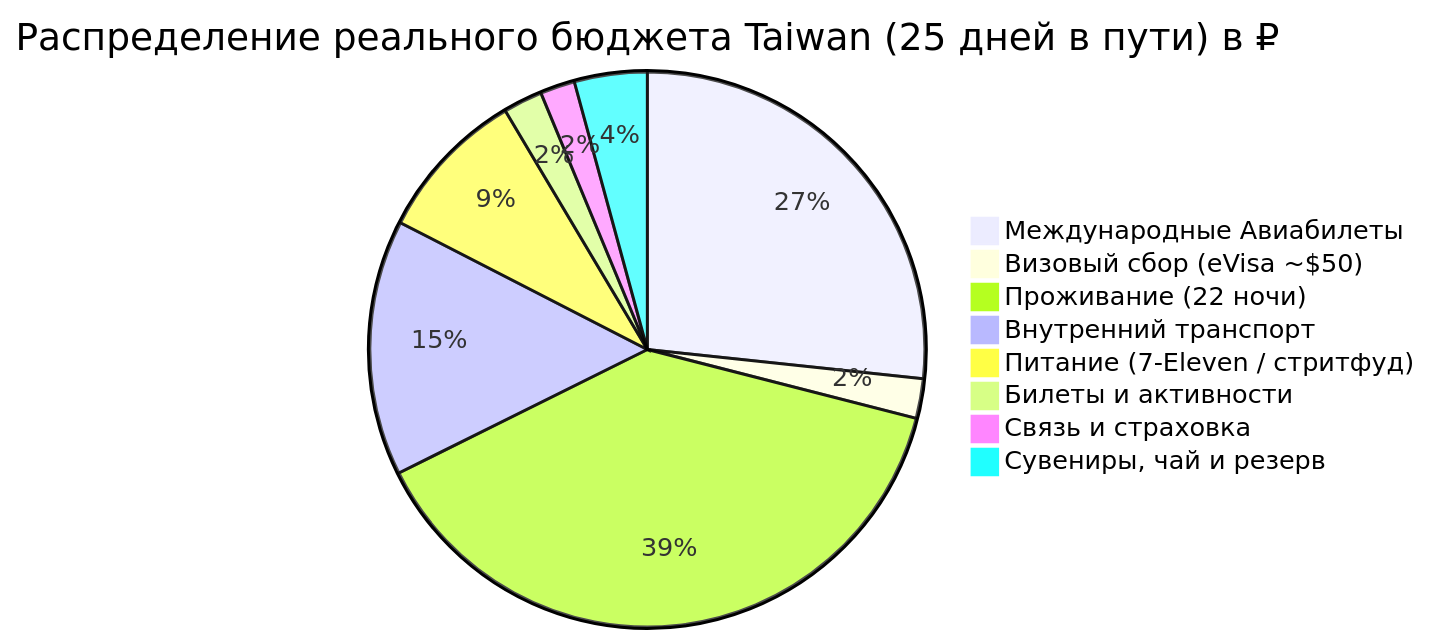
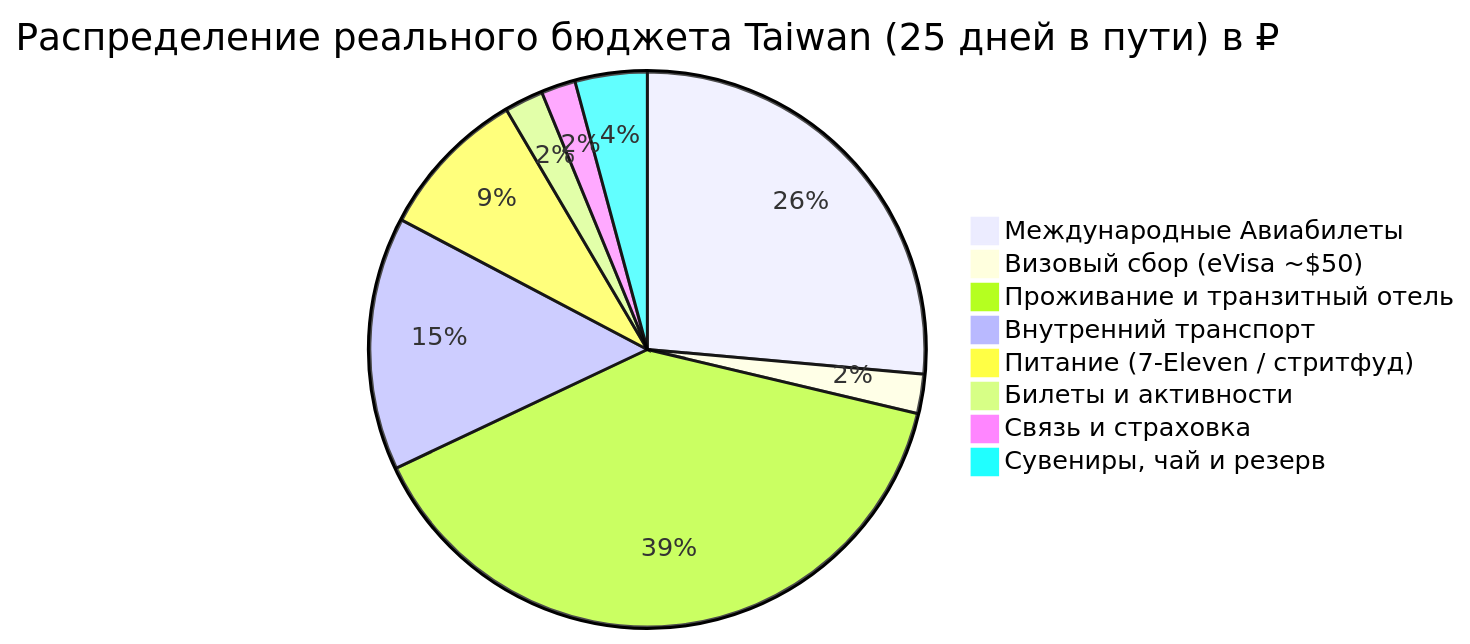
One commit to injurka/obsidian-mark changed the diagram in Personal Note/Travel/-- Taiwan/04 - Финансы/Финансы.md. Above: the diagram before and after it, drawn with Mermaid. The commit also changed other lines of this file and 9 other files, not shown here.

````diff
--- a/Personal Note/Travel/-- Taiwan/04 - Финансы/Финансы.md
+++ b/Personal Note/Travel/-- Taiwan/04 - Финансы/Финансы.md
@@ -13,11 +13,11 @@
 ```mermaid
 pie title Распределение реального бюджета Taiwan (25 дней в пути) в ₽
     "Международные Авиабилеты" : 55412
     "Визовый сбор (eVisa ~$50)" : 4800
-    "Проживание (22 ночи)" : 80308
+    "Проживание и транзитный отель" : 82357
     "Внутренний транспорт" : 30925
     "Питание (7-Eleven / стритфуд)" : 18500
     "Билеты и активности" : 4740
     "Связь и страховка" : 4200
     "Сувениры, чай и резерв" : 8800
 ```
````
